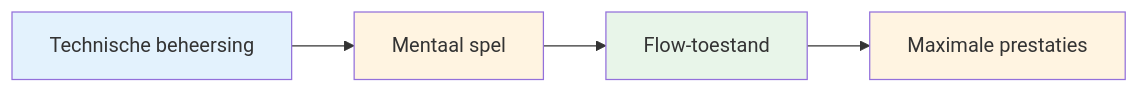
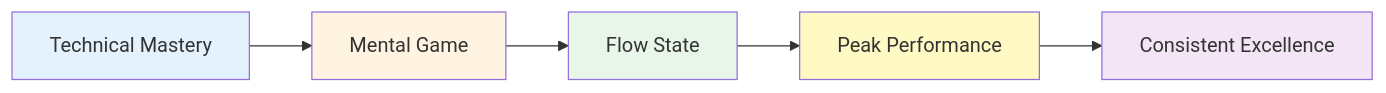
The second of 2 diagrams in docs/nl/news/index.md (patwii/petanque-academy), drawn with Mermaid before and after one commit. The commit also changed other lines of this file and 10 other files, not shown here.

````diff
--- a/docs/nl/news/index.md
+++ b/docs/nl/news/index.md
@@ -47,11 +82,13 @@
 ```mermaid
 graph LR
-    A[Technische beheersing] --> B[Mentaal spel]
-    B --> C[Flow-toestand]
-    C --> D[Maximale prestaties]
+    A[Technical Mastery] --> B[Mental Game]
+    B --> C[Flow State]
+    C --> D[Peak Performance]
+    D --> E[Consistent Excellence]
 
     style A fill:#e3f2fd
     style B fill:#fff4e1
     style C fill:#e8f5e9
-    style D fill:#fff4e1
+    style D fill:#fff9c4
+    style E fill:#f3e5f5
 ```
````
